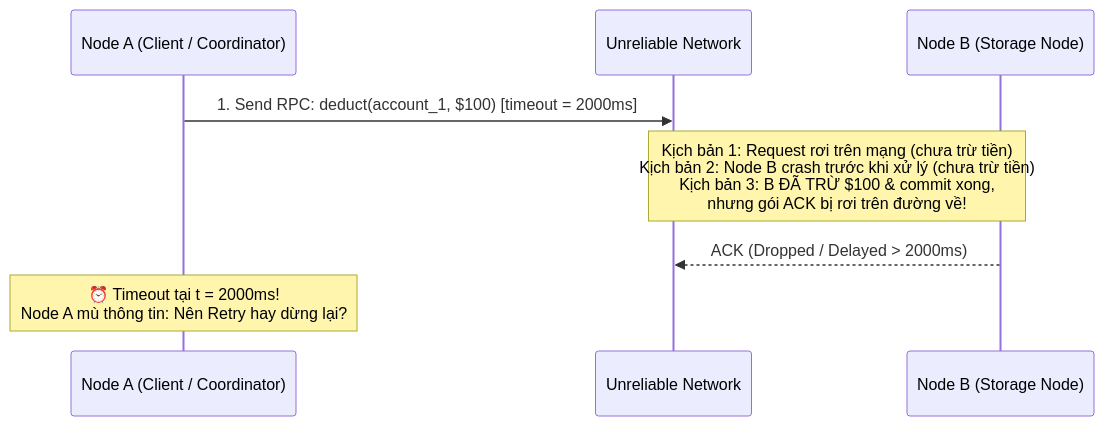
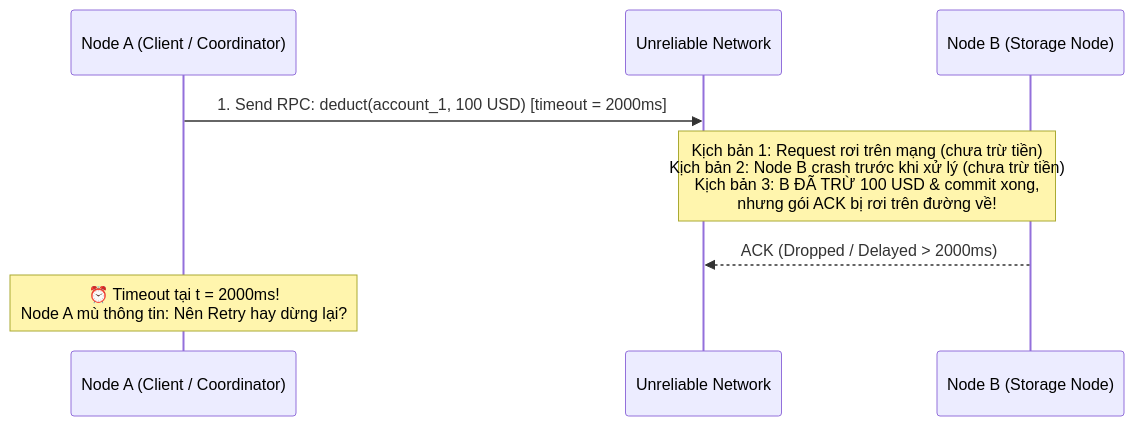
The first of 3 diagrams in docs/Database-Internals-Notes/database-internals-chapter8.vi.md (namaewanam/namaewanam.github.io), drawn with Mermaid before and after one commit. The commit also changed other lines of this file and 54 other files, not shown here.

Commit message:
docs(database-internals): add beginner guides, glossaries, and diagrams

````diff
--- a/docs/Database-Internals-Notes/database-internals-chapter8.vi.md
+++ b/docs/Database-Internals-Notes/database-internals-chapter8.vi.md
@@ -46,11 +83,11 @@
 ```mermaid
 sequenceDiagram
     participant A as Node A (Client / Coordinator)
     participant Net as Unreliable Network
     participant B as Node B (Storage Node)
 
-    A->>Net: 1. Send RPC: deduct(account_1, $100) [timeout = 2000ms]
-    Note over Net,B: Kịch bản 1: Request rơi trên mạng (chưa trừ tiền)<br/>Kịch bản 2: Node B crash trước khi xử lý (chưa trừ tiền)<br/>Kịch bản 3: B ĐÃ TRỪ $100 & commit xong,<br/>nhưng gói ACK bị rơi trên đường về!
+    A->>Net: 1. Send RPC: deduct(account_1, 100 USD) [timeout = 2000ms]
+    Note over Net,B: Kịch bản 1: Request rơi trên mạng (chưa trừ tiền)<br/>Kịch bản 2: Node B crash trước khi xử lý (chưa trừ tiền)<br/>Kịch bản 3: B ĐÃ TRỪ 100 USD & commit xong,<br/>nhưng gói ACK bị rơi trên đường về!
     B-->>Net: ACK (Dropped / Delayed > 2000ms)
     Note over A: ⏰ Timeout tại t = 2000ms!<br/>Node A mù thông tin: Nên Retry hay dừng lại?
 ```
````
